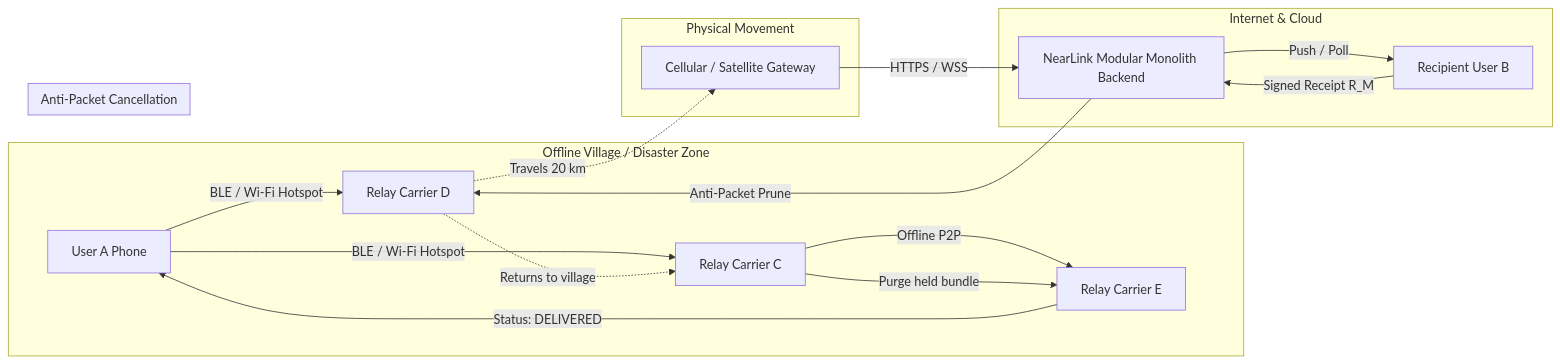
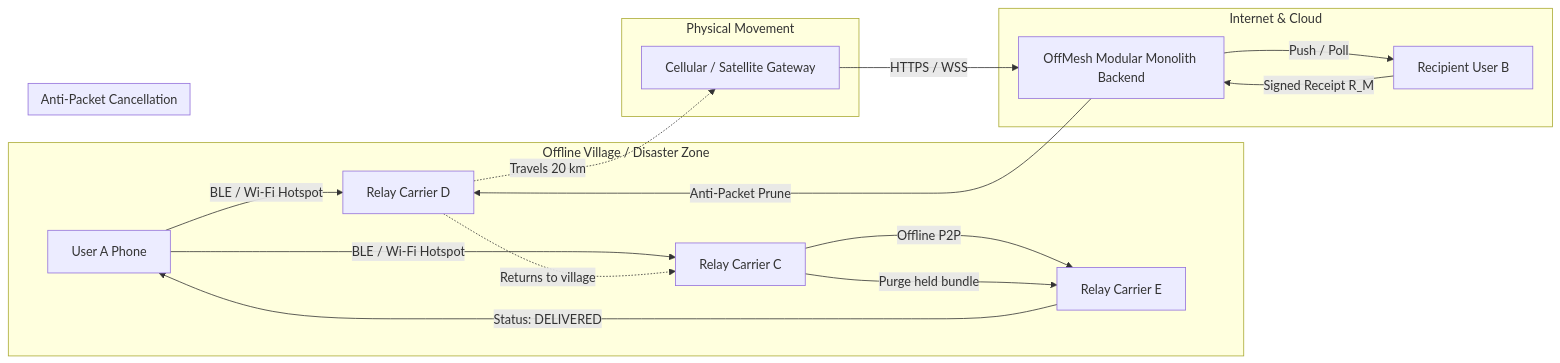
The diagram in apps/docs/docs/intro.md (Prince364133/offmesh), drawn with Mermaid before and after one commit. The commit also changed other lines of this file and 23 other files, not shown here.

````diff
--- a/apps/docs/docs/intro.md
+++ b/apps/docs/docs/intro.md
@@ -32,25 +32,25 @@
 ```mermaid
 graph LR
     subgraph Offline Village / Disaster Zone
         A[User A Phone] -->|BLE / Wi-Fi Hotspot| C[Relay Carrier C]
         A -->|BLE / Wi-Fi Hotspot| D[Relay Carrier D]
         C -->|Offline P2P| E[Relay Carrier E]
     end
     
     subgraph Physical Movement
         D -.->|Travels 20 km| G[Cellular / Satellite Gateway]
     end
     
     subgraph Internet & Cloud
-        G -->|HTTPS / WSS| S[NearLink Modular Monolith Backend]
+        G -->|HTTPS / WSS| S[OffMesh Modular Monolith Backend]
         S -->|Push / Poll| B[Recipient User B]
     end
     
     subgraph Anti-Packet Cancellation
         B -->|Signed Receipt R_M| S
         S -->|Anti-Packet Prune| D
         D -.->|Returns to village| C
         C -->|Purge held bundle| E
         E -->|Status: DELIVERED| A
     end
 ```
````
